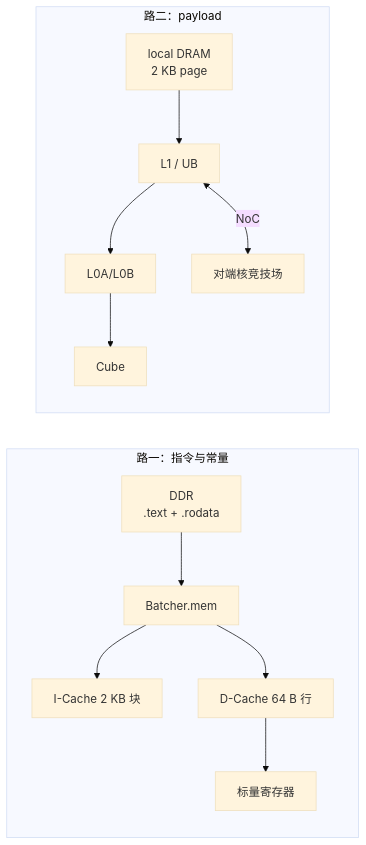
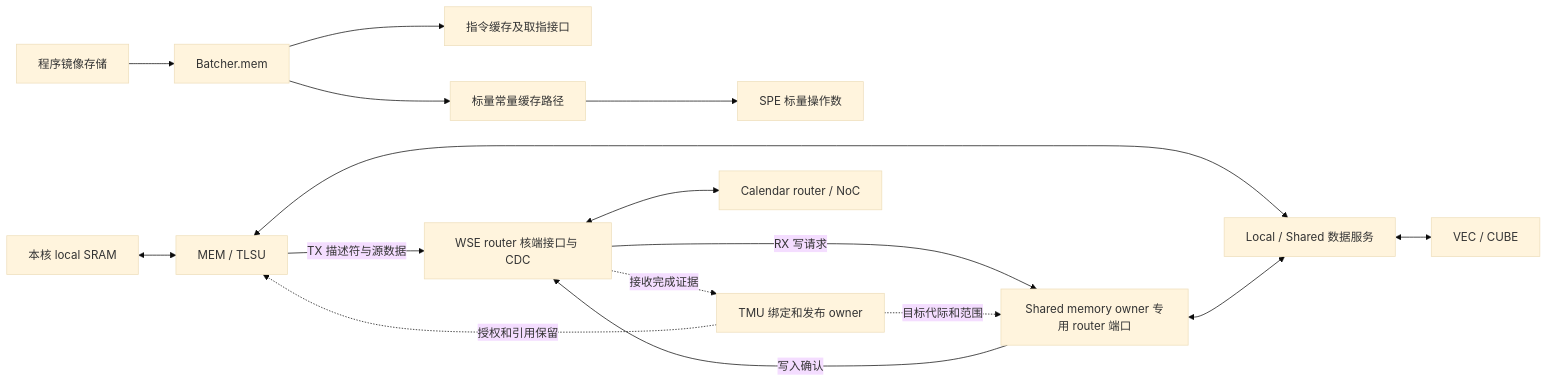
One commit to PTO-ISA/wse-model changed the third of 12 diagrams in docs/design/wse-system-architecture-whitepaper.md. Above: the diagram before and after it, drawn with Mermaid (base theme). The commit also changed other lines of this file and 9 other files, not shown here.

First line of the commit message:
docs: define SuperscalarNPU cores, local SRAM and router interfaces for WSE (#4)

````diff
--- a/docs/design/wse-system-architecture-whitepaper.md
+++ b/docs/design/wse-system-architecture-whitepaper.md
@@ -184,11 +202,18 @@
 ```mermaid
 flowchart LR
-  subgraph A[路一：指令与常量]
-    DDR[DDR<br/>.text + .rodata] --> BM[Batcher.mem] --> IC[I-Cache 2 KB 块]
-    BM --> DC[D-Cache 64 B 行] --> GPR[标量寄存器]
-  end
-  subgraph B[路二：payload]
-    LD[local DRAM<br/>2 KB page] --> L1B[L1 / UB] --> L0[L0A/L0B] --> CU[Cube]
-    L1B <-->|NoC| PEER[对端核竞技场]
-  end
+  IMAGE[程序镜像存储] --> BM[Batcher.mem]
+  BM --> IC[指令缓存及取指接口]
+  BM --> DC[标量常量缓存路径]
+  DC --> GPR[SPE 标量操作数]
+  SRAM[本核 local SRAM] <--> MEM[MEM / TLSU]
+  MEM <--> TILE[Local / Shared 数据服务]
+  TILE <--> EU[VEC / CUBE]
+  MEM -->|TX 描述符与源数据| ADP[WSE router 核端接口与 CDC]
+  ADP -->|RX 写请求| SHM[Shared memory owner 专用 router 端口]
+  SHM -->|写入确认| ADP
+  SHM <--> TILE
+  TMU[TMU 绑定和发布 owner] -.授权和引用保留.-> MEM
+  TMU -.目标代际和范围.-> SHM
+  ADP -.接收完成证据.-> TMU
+  ADP <--> NOC[Calendar router / NoC]
 ```
````
